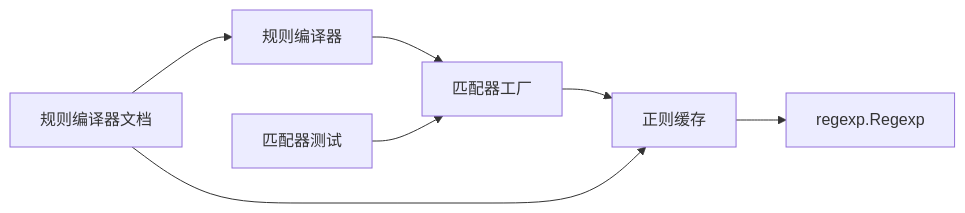
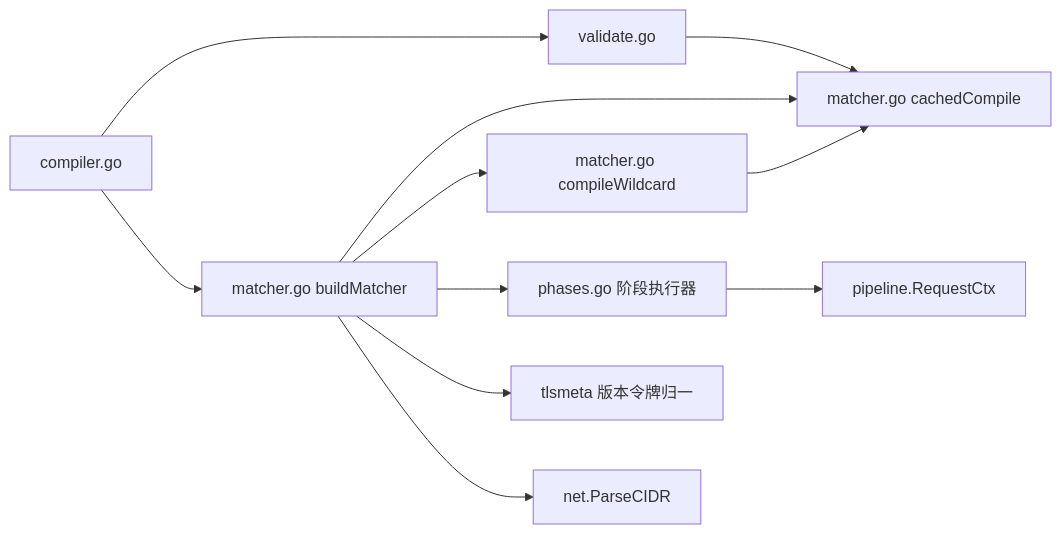
The fourth of 4 diagrams in docs/WAF 引擎系统/规则匹配器/正则表达式优化.md (x01n/My-OpenWaf), drawn with Mermaid before and after one commit. The commit also changed other lines of this file and 622 other files, not shown here.

````diff
--- a/docs/WAF 引擎系统/规则匹配器/正则表达式优化.md
+++ b/docs/WAF 引擎系统/规则匹配器/正则表达式优化.md
@@ -227,9 +333,13 @@
 ```mermaid
 graph LR
-Compiler["规则编译器"] --> Matcher["匹配器工厂"]
-Matcher --> RegexCache["正则缓存"]
-RegexCache --> Regexp["regexp.Regexp"]
-Tests["匹配器测试"] --> Matcher
-Docs["规则编译器文档"] --> Compiler
-Docs --> RegexCache
+COMP["compiler.go"] --> VAL["validate.go"]
+COMP --> BM["matcher.go buildMatcher"]
+BM --> CC["matcher.go cachedCompile"]
+CW["matcher.go compileWildcard"] --> CC
+VAL --> CC
+BM --> CW
+BM --> PHC["phases.go 阶段执行器"]
+PHC --> CTX["pipeline.RequestCtx"]
+BM --> TLS["tlsmeta 版本令牌归一"]
+BM --> IP["net.ParseCIDR"]
 ```
````
